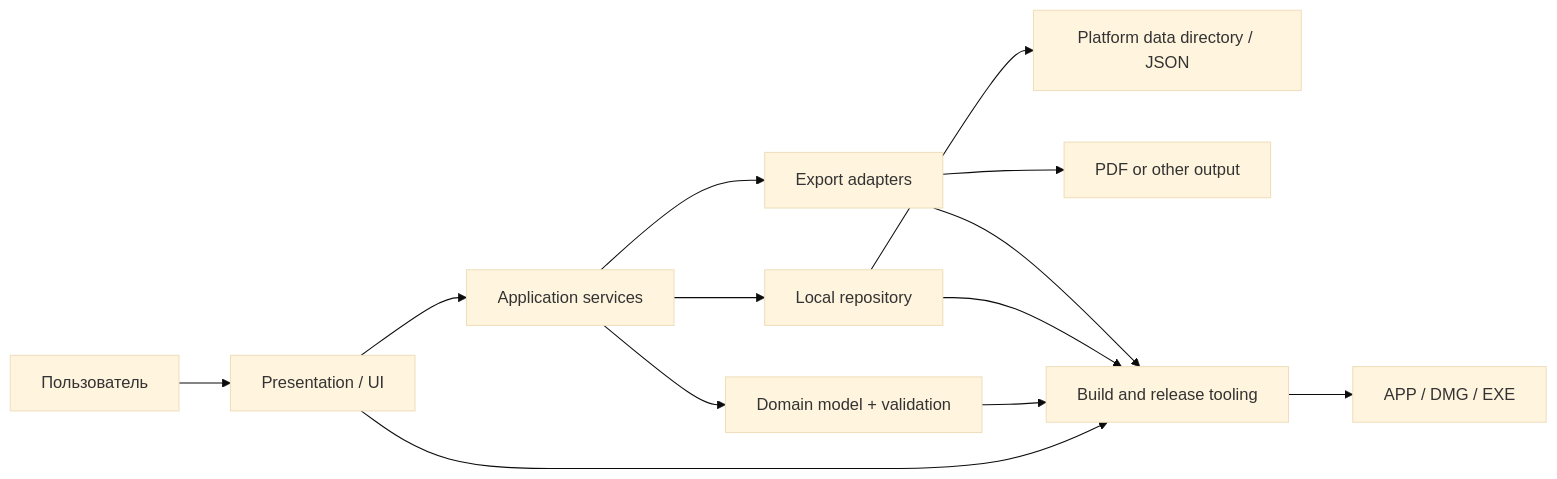
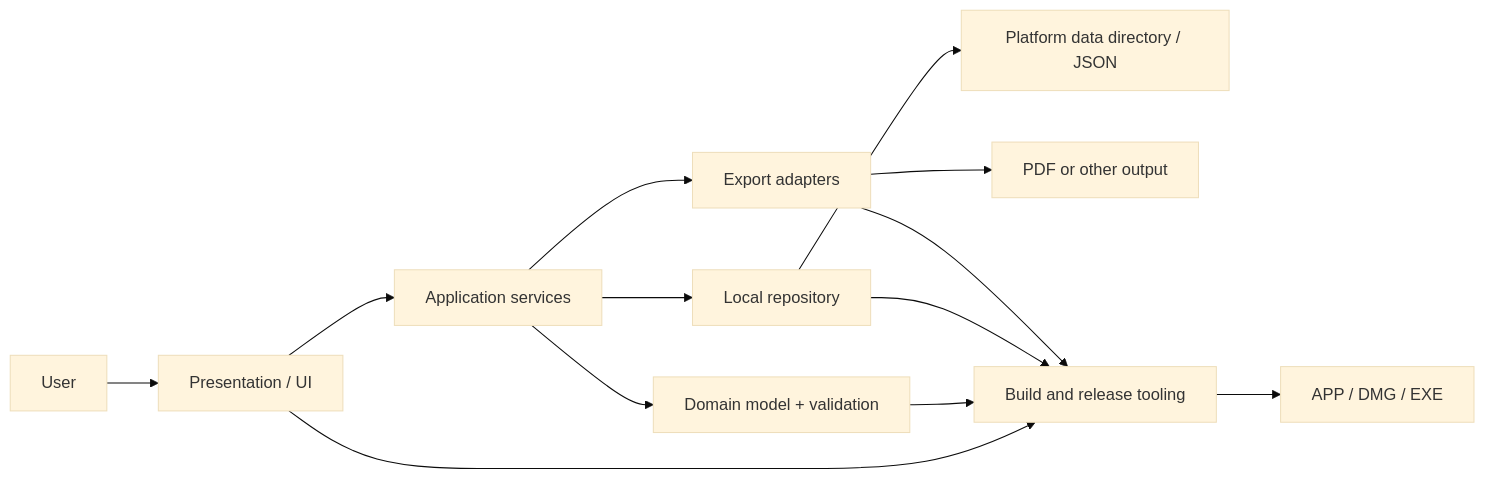
The diagram in DESKTOP_APP_ARCHITECTURE.md (deadmoose-ap/cv_builder_desktop), drawn with Mermaid (base theme) before and after one commit. The commit also changed other lines of this file and 1 other file, not shown here.

````diff
--- a/DESKTOP_APP_ARCHITECTURE.md
+++ b/DESKTOP_APP_ARCHITECTURE.md
@@ -39,15 +42,15 @@
 ```mermaid
 flowchart LR
-    User["Пользователь"] --> UI["Presentation / UI"]
+    User["User"] --> UI["Presentation / UI"]
     UI --> App["Application services"]
     App --> Domain["Domain model + validation"]
     App --> Storage["Local repository"]
     App --> Export["Export adapters"]
     Storage --> FS["Platform data directory / JSON"]
     Export --> PDF["PDF or other output"]
     Build["Build and release tooling"] --> Bundle["APP / DMG / EXE"]
     UI --> Build
     Domain --> Build
     Storage --> Build
     Export --> Build
 ```
````
